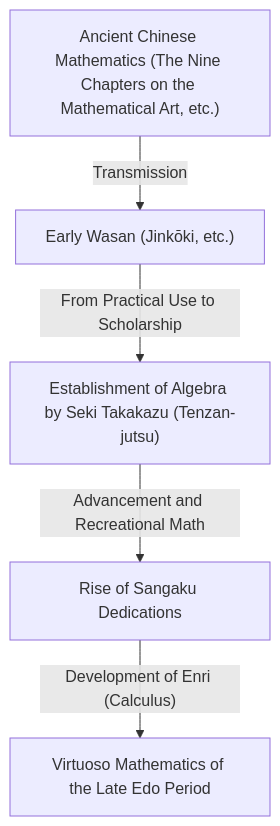
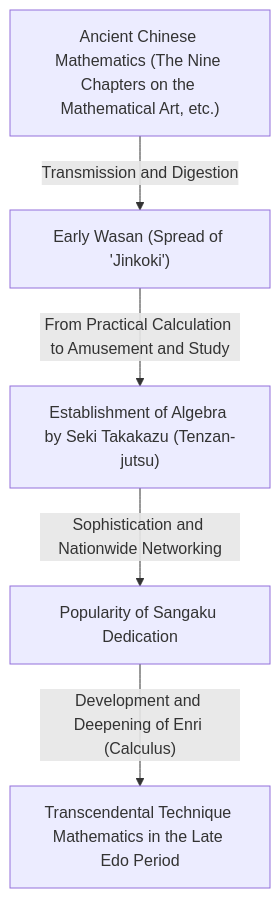
Before and after one commit to kenjinote/blog: the first of 2 diagrams in content/post/history-of-wasan-japanese-mathematics/index.en.md, drawn with Mermaid. The commit also changed other lines of this file and 129 other files, not shown here.

````diff
--- a/content/post/history-of-wasan-japanese-mathematics/index.en.md
+++ b/content/post/history-of-wasan-japanese-mathematics/index.en.md
@@ -17,7 +25,7 @@
 ```mermaid
 graph TD
-    A["Ancient Chinese Mathematics (The Nine Chapters on the Mathematical Art, etc.)"] -- "Transmission" --> B["Early Wasan (Jinkōki, etc.)"]
-    B -- "From Practical Use to Scholarship" --> C["Establishment of Algebra by Seki Takakazu (Tenzan-jutsu)"]
-    C -- "Advancement and Recreational Math" --> D["Rise of Sangaku Dedications"]
-    D -- "Development of Enri (Calculus)" --> E["Virtuoso Mathematics of the Late Edo Period"]
+    A["Ancient Chinese Mathematics (The Nine Chapters on the Mathematical Art, etc.)"] -- "Transmission and Digestion" --> B["Early Wasan (Spread of 'Jinkoki')"]
+    B -- "From Practical Calculation to Amusement and Study" --> C["Establishment of Algebra by Seki Takakazu (Tenzan-jutsu)"]
+    C -- "Sophistication and Nationwide Networking" --> D["Popularity of Sangaku Dedication"]
+    D -- "Development and Deepening of Enri (Calculus)" --> E["Transcendental Technique Mathematics in the Late Edo Period"]
 ```
````
